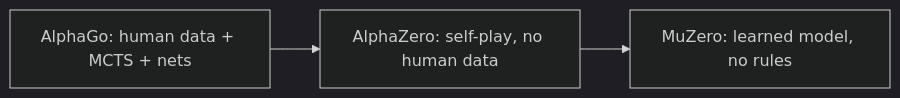
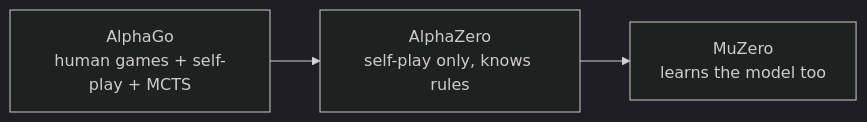
One commit to kader-xai/kader-xai.github.io changed the seventh of 7 diagrams in ai-ml-encyclopedia/ch25.qmd. Above: the diagram before and after it, drawn with Mermaid (dark theme). The commit also changed other lines of this file and 47 other files, not shown here.

````diff
--- a/ai-ml-encyclopedia/ch25.qmd
+++ b/ai-ml-encyclopedia/ch25.qmd
@@ -305,5 +468,5 @@
 ```{mermaid}
 flowchart LR
-    AG[AlphaGo: human data + MCTS + nets] --> AZ[AlphaZero: self-play, no human data]
-    AZ --> MZ[MuZero: learned model, no rules]
+    AG[AlphaGo<br/>human games + self-play + MCTS] --> AZ[AlphaZero<br/>self-play only, knows rules]
+    AZ --> MZ[MuZero<br/>learns the model too]
 ```
````
